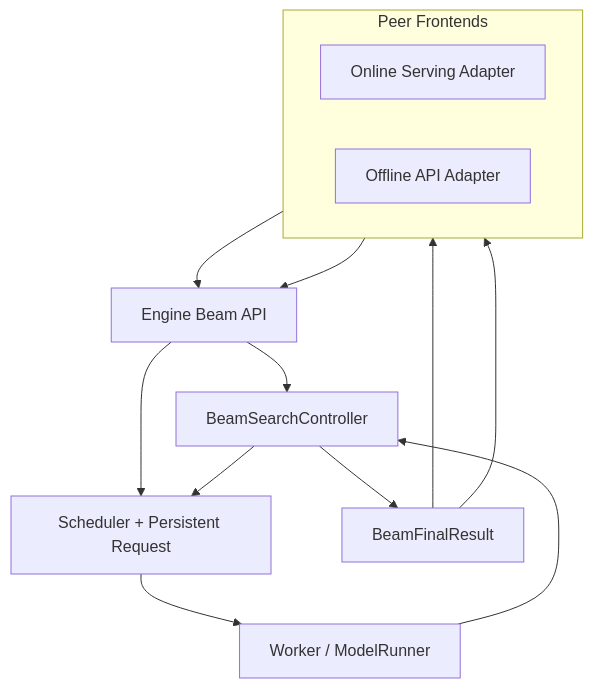
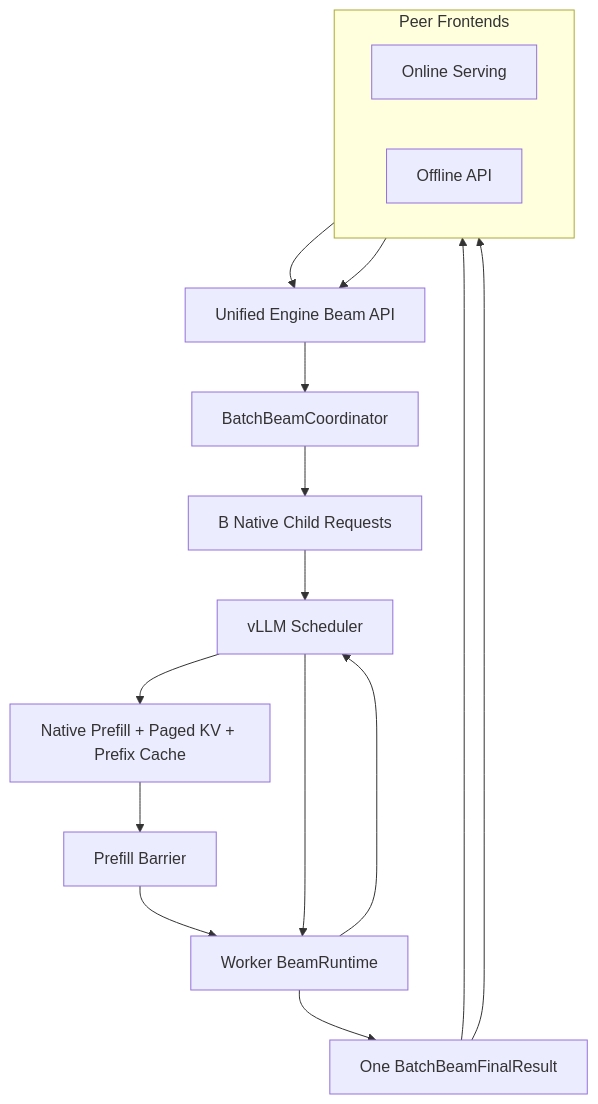
The first of 10 diagrams in GR/engine_owned_persistent_beam_session_feature_design.md (zhanghanleo10/gr-related), drawn with Mermaid before and after one commit. The commit also changed other lines of this file, not shown here.

Commit message:
Update persistent beam session architecture

```diff
--- a/GR/engine_owned_persistent_beam_session_feature_design.md
+++ b/GR/engine_owned_persistent_beam_session_feature_design.md
@@ -43,24 +25,31 @@
 ~~~mermaid
 flowchart TB
-    subgraph ENTRY["Peer Frontends"]
+    subgraph FRONTENDS["Peer Frontends"]
         direction LR
-        ON["Online Serving Adapter"]
-        OFF["Offline API Adapter"]
+        ONLINE["Online Serving"]
+        OFFLINE["Offline API"]
     end
-    API["Engine Beam API"]
-    CTRL["BeamSearchController"]
-    SCH["Scheduler + Persistent Request"]
-    WRK["Worker / ModelRunner"]
-    FINAL["BeamFinalResult"]
 
-    ON --> API
-    OFF --> API
-    API --> CTRL
-    API --> SCH
-    SCH --> WRK
-    WRK --> CTRL
-    CTRL --> SCH
-    CTRL --> FINAL
-    FINAL --> ON
-    FINAL --> OFF
+    API["Unified Engine Beam API"]
+    COORD["BatchBeamCoordinator"]
+    CHILD["B Native Child Requests"]
+    SCHED["vLLM Scheduler"]
+    PREFILL["Native Prefill + Paged KV + Prefix Cache"]
+    BARRIER["Prefill Barrier"]
+    RUNTIME["Worker BeamRuntime"]
+    FINAL["One BatchBeamFinalResult"]
+
+    ONLINE --> API
+    OFFLINE --> API
+    API --> COORD
+    COORD --> CHILD
+    CHILD --> SCHED
+    SCHED --> PREFILL
+    PREFILL --> BARRIER
+    BARRIER --> RUNTIME
+    RUNTIME --> SCHED
+    SCHED --> RUNTIME
+    RUNTIME --> FINAL
+    FINAL --> ONLINE
+    FINAL --> OFFLINE
 ~~~
```
